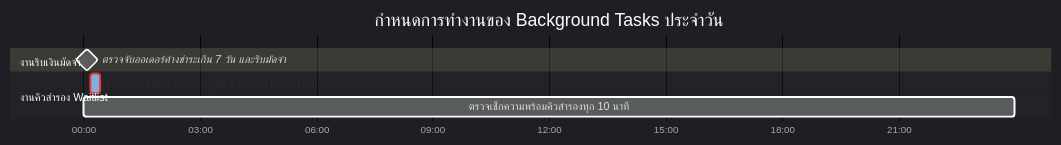
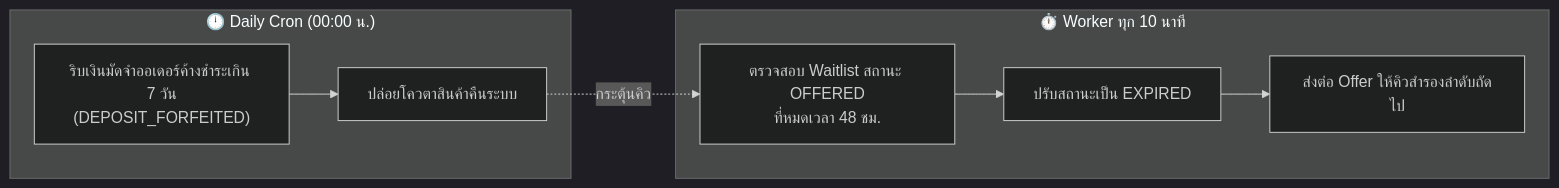
One commit to siradechsri-ux/manga-collectibles-store changed diagram 13 of 13 in SYSTEM_ANALYSIS.md. Above: the diagram before and after it, drawn with Mermaid (dark theme). The commit also changed other lines of this file and 2 other files, not shown here.

````diff
--- a/SYSTEM_ANALYSIS.md
+++ b/SYSTEM_ANALYSIS.md
@@ -854,13 +1176,17 @@
 ```mermaid
-gantt
-    title กำหนดการทำงานของ Background Tasks ประจำวัน
-    dateFormat HH:mm
-    axisFormat %H:%M
+flowchart LR
+    subgraph DailyCron["🕛 Daily Cron (00:00 น.)"]
+        Forfeit["ริบเงินมัดจำออเดอร์ค้างชำระเกิน 7 วัน<br/>(DEPOSIT_FORFEITED)"]
+        ReleaseQuota["ปล่อยโควตาสินค้าคืนระบบ"]
+        Forfeit --> ReleaseQuota
+    end
 
-    section งานริบเงินมัดจำ
-    ตรวจจับออเดอร์ค้างชำระเกิน 7 วัน และริบมัดจำ :milestone, 00:00, 10m
-    
-    section งานคิวสำรอง Waitlist
-    ตรวจสอบ Offer ที่หมดอายุ 48 ชม. และส่งต่อสิทธิ์ให้คิวถัดไป :crit, active, 00:10, 15m
-    ตรวจเช็กความพร้อมคิวสำรองทุก 10 นาที :00:00, 23:59
+    subgraph PeriodicWorker["⏱️ Worker ทุก 10 นาที"]
+        CheckWaitlist["ตรวจสอบ Waitlist สถานะ OFFERED<br/>ที่หมดเวลา 48 ชม."]
+        ExpireOffer["ปรับสถานะเป็น EXPIRED"]
+        NextQueue["ส่งต่อ Offer ให้คิวสำรองลำดับถัดไป"]
+        CheckWaitlist --> ExpireOffer --> NextQueue
+    end
+
+    ReleaseQuota -.กระตุ้นคิว.-> CheckWaitlist
 ```
````
